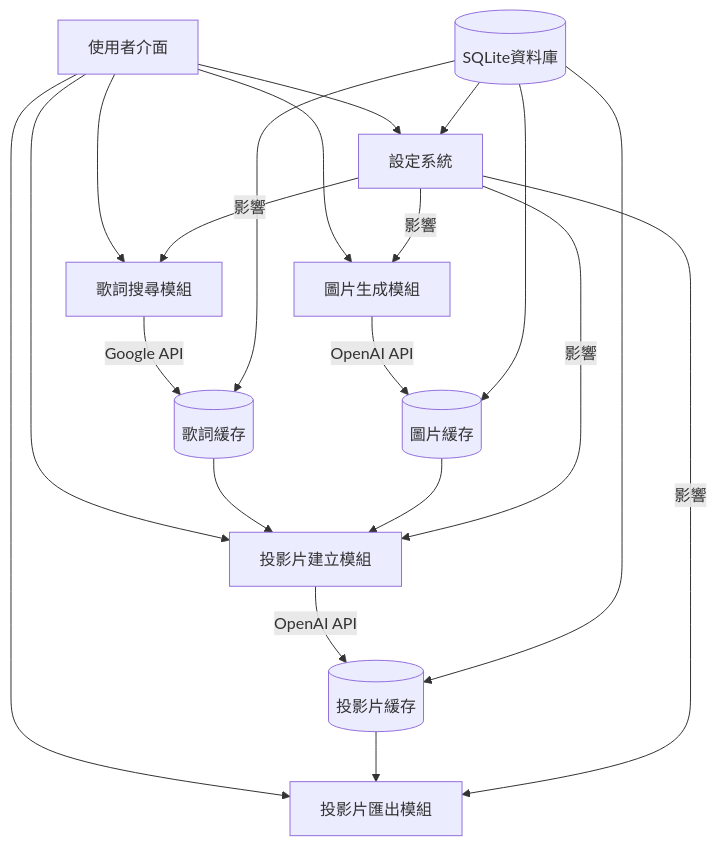
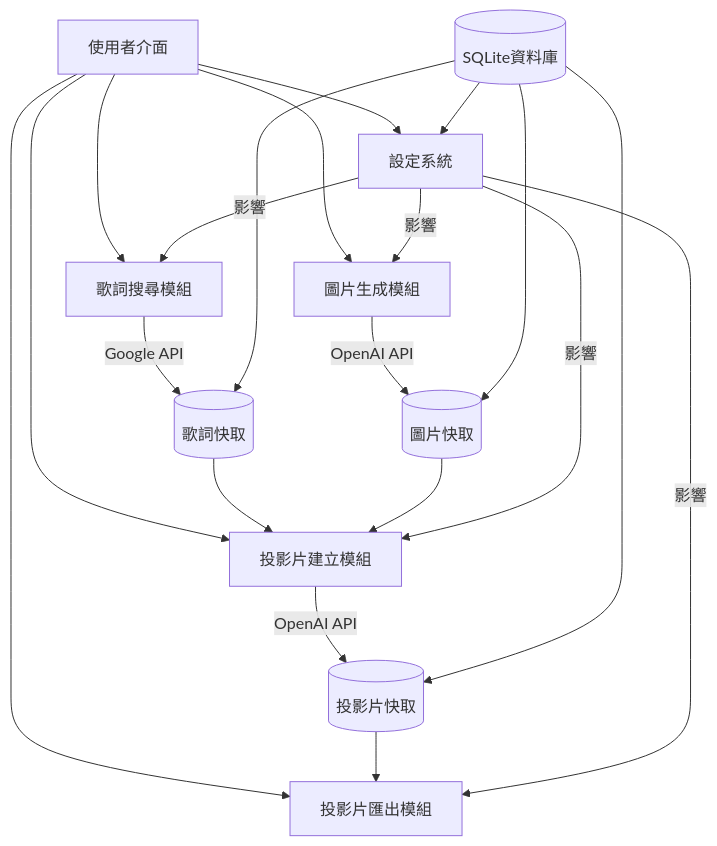
One commit to Jaychao2099/lyrics-to-slides changed the diagram in 規格書.md. Above: the diagram before and after it, drawn with Mermaid. The commit also changed other lines of this file and 9 other files, not shown here.

````diff
--- a/規格書.md
+++ b/規格書.md
@@ -42,26 +42,26 @@
 ```mermaid
 flowchart TD
     A[使用者介面] --> B[歌詞搜尋模組]
     A --> C[圖片生成模組]
     A --> D[投影片建立模組]
     A --> E[投影片匯出模組]
     A --> F[設定系統]
     
-    B -->|Google API| G[(歌詞緩存)]
-    C -->|OpenAI API| H[(圖片緩存)]
-    D -->|OpenAI API| I[(投影片緩存)]
+    B -->|Google API| G[(歌詞快取)]
+    C -->|OpenAI API| H[(圖片快取)]
+    D -->|OpenAI API| I[(投影片快取)]
     
     G --> D
     H --> D
     I --> E
     
     F -->|影響| B
     F -->|影響| C
     F -->|影響| D
     F -->|影響| E
     
     J[(SQLite資料庫)] --> F
     J --> G
     J --> H
     J --> I
 ```
````
